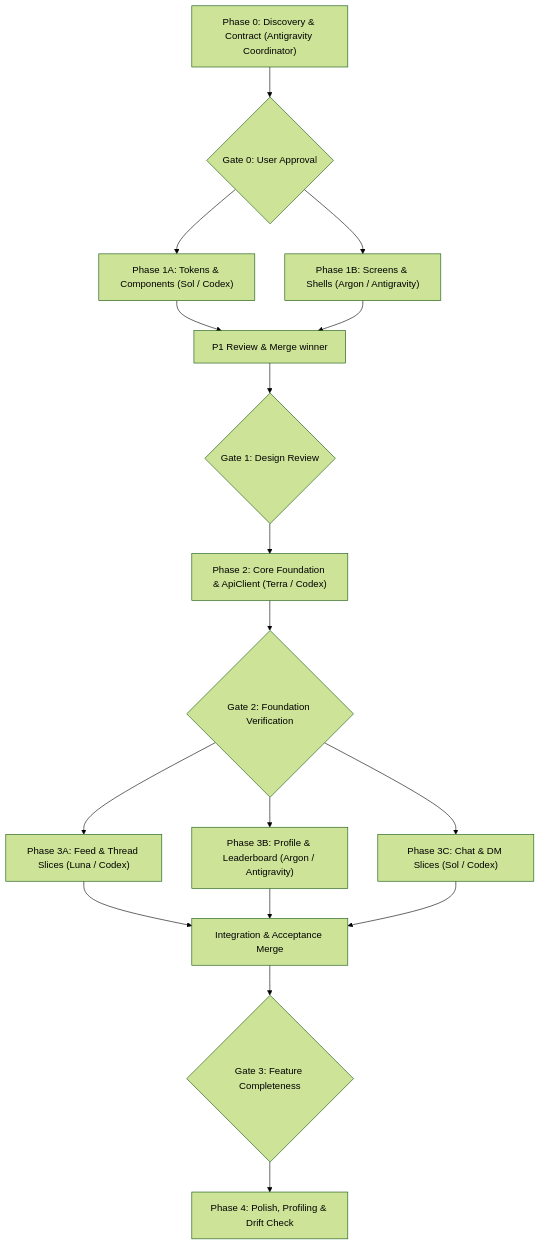
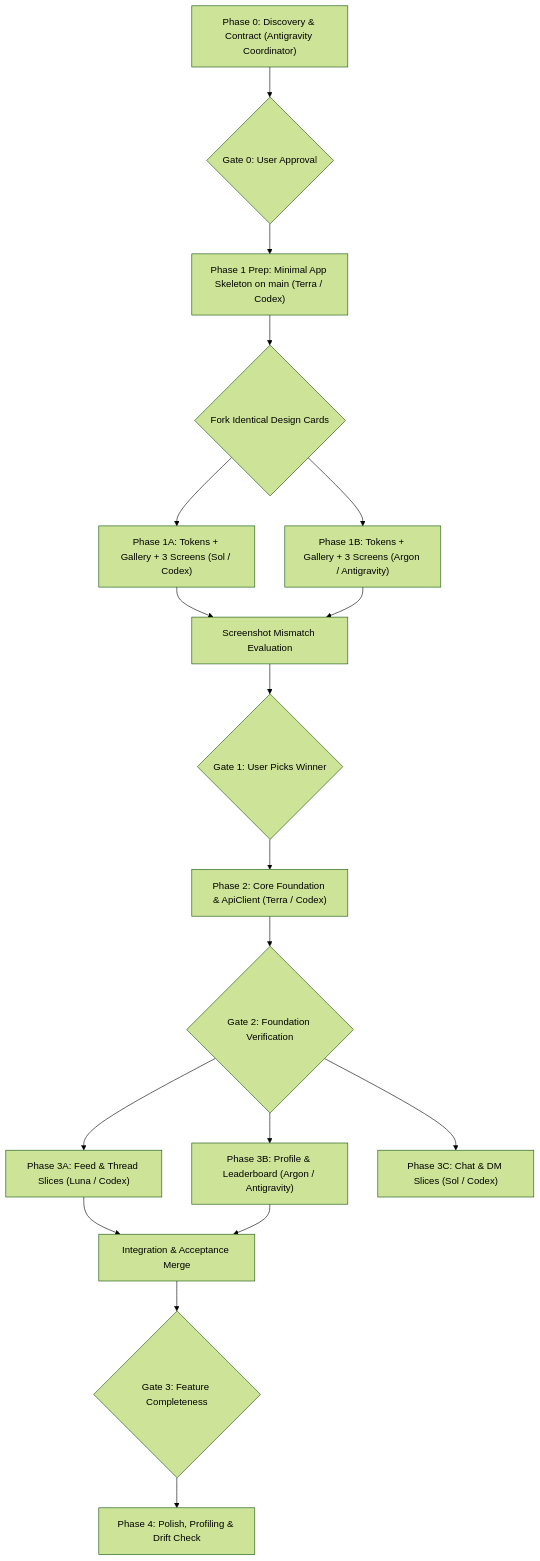
Before and after one commit to VN-Linux-Family/vnlf-social-desktop: the diagram in PLAN.md, drawn with Mermaid (forest theme). The commit also changed other lines of this file and 2 other files, not shown here.

Commit message:
chore: gitignore reference captures, record Gate 0 CORS/fixture decisions

````diff
--- a/PLAN.md
+++ b/PLAN.md
@@ -139,19 +139,20 @@
 ```mermaid
 flowchart TD
     P0["Phase 0: Discovery & Contract (Antigravity Coordinator)"] --> G0{"Gate 0: User Approval"}
-    G0 --> P1A["Phase 1A: Tokens & Components (Sol / Codex)"]
-    G0 --> P1B["Phase 1B: Screens & Shells (Argon / Antigravity)"]
-    P1A --> P1Merge["P1 Review & Merge winner"]
-    P1B --> P1Merge
-    P1Merge --> G1{"Gate 1: Design Review"}
+    G0 --> P1Prep["Phase 1 Prep: Minimal App Skeleton on main (Terra / Codex)"]
+    P1Prep --> P1Fork{"Fork Identical Design Cards"}
+    P1Fork --> P1A["Phase 1A: Tokens + Gallery + 3 Screens (Sol / Codex)"]
+    P1Fork --> P1B["Phase 1B: Tokens + Gallery + 3 Screens (Argon / Antigravity)"]
+    P1A --> P1Compare["Screenshot Mismatch Evaluation"]
+    P1B --> P1Compare
+    P1Compare --> G1{"Gate 1: User Picks Winner"}
     G1 --> P2["Phase 2: Core Foundation & ApiClient (Terra / Codex)"]
     P2 --> G2{"Gate 2: Foundation Verification"}
     G2 --> P3A["Phase 3A: Feed & Thread Slices (Luna / Codex)"]
     G2 --> P3B["Phase 3B: Profile & Leaderboard (Argon / Antigravity)"]
     G2 --> P3C["Phase 3C: Chat & DM Slices (Sol / Codex)"]
     P3A --> P3Merge["Integration & Acceptance Merge"]
     P3B --> P3Merge
-    P3C --> P3Merge
     P3Merge --> G3{"Gate 3: Feature Completeness"}
     G3 --> P4["Phase 4: Polish, Profiling & Drift Check"]
 ```
````
